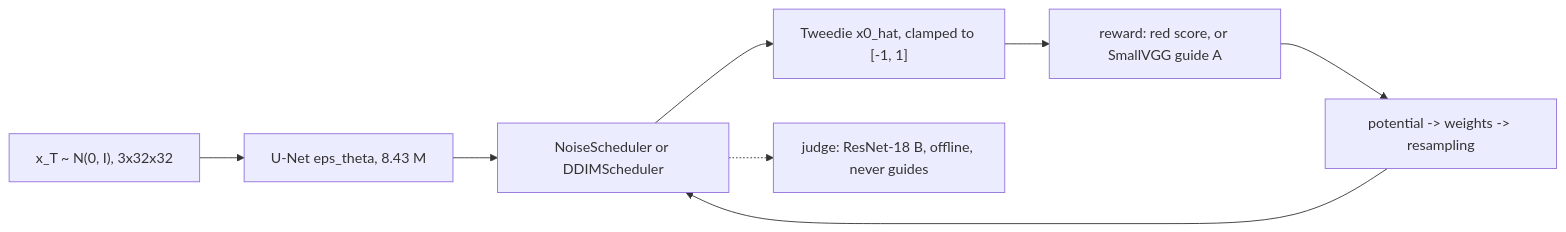
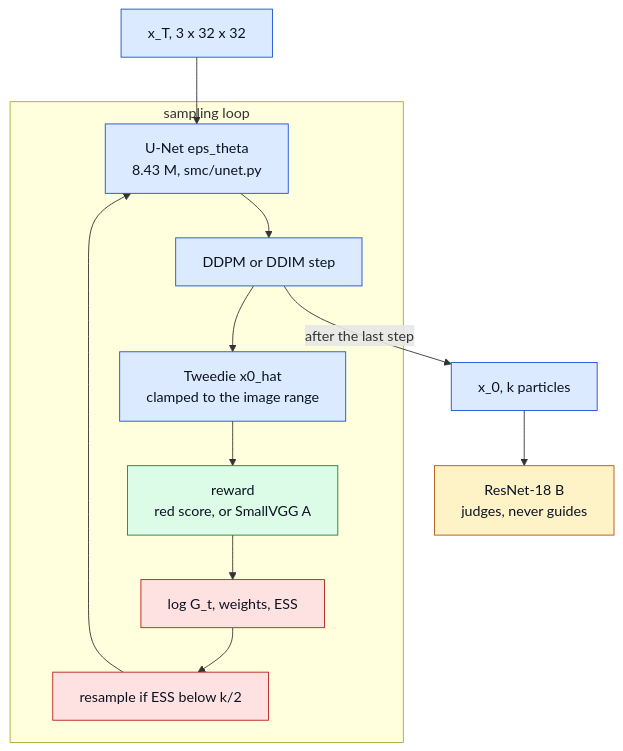
Before and after one commit to fogatogl/FK_steering_implementation: the second of 6 diagrams in docs/architecture.md, drawn with Mermaid. The commit also changed other lines of this file, not shown here.

Commit message:
the six diagrams read top to bottom, inside the text column, with one colour code for the roles

````diff
--- a/docs/architecture.md
+++ b/docs/architecture.md
@@ -51,10 +59,21 @@
 ```mermaid
-flowchart LR
-    X["x_T ~ N(0, I), 3x32x32"] --> U["U-Net eps_theta, 8.43 M"]
-    U --> S["NoiseScheduler or DDIMScheduler"]
-    S --> T["Tweedie x0_hat, clamped to [-1, 1]"]
-    T --> R["reward: red score, or SmallVGG guide A"]
-    R --> P["potential -> weights -> resampling"]
-    P --> S
-    S -.-> J["judge: ResNet-18 B, offline, never guides"]
+flowchart TB
+    X["x_T, 3 x 32 x 32"]:::gen
+    subgraph loop["sampling loop"]
+        U["U-Net eps_theta<br>8.43 M, smc/unet.py"]:::gen
+        S["DDPM or DDIM step"]:::gen
+        TW["Tweedie x0_hat<br>clamped to the image range"]:::gen
+        R["reward<br>red score, or SmallVGG A"]:::guide
+        W["log G_t, weights, ESS"]:::smc
+        RS["resample if ESS below k/2"]:::smc
+        U --> S --> TW --> R --> W --> RS
+        RS --> U
+    end
+    X --> U
+    S -- "after the last step" --> FIN["x_0, k particles"]:::gen
+    FIN --> B["ResNet-18 B<br>judges, never guides"]:::judge
+    classDef gen fill:#dbeafe,stroke:#1d4ed8,stroke-width:1px,color:#0b1220
+    classDef guide fill:#dcfce7,stroke:#15803d,stroke-width:1px,color:#0b1220
+    classDef judge fill:#fef3c7,stroke:#b45309,stroke-width:1px,color:#0b1220
+    classDef smc fill:#fee2e2,stroke:#b91c1c,stroke-width:1px,color:#0b1220
 ```
````
